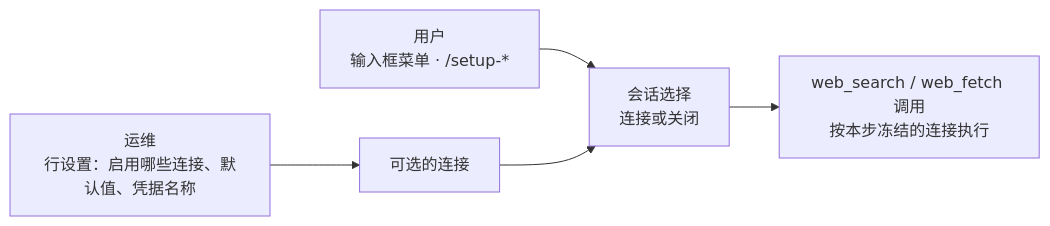
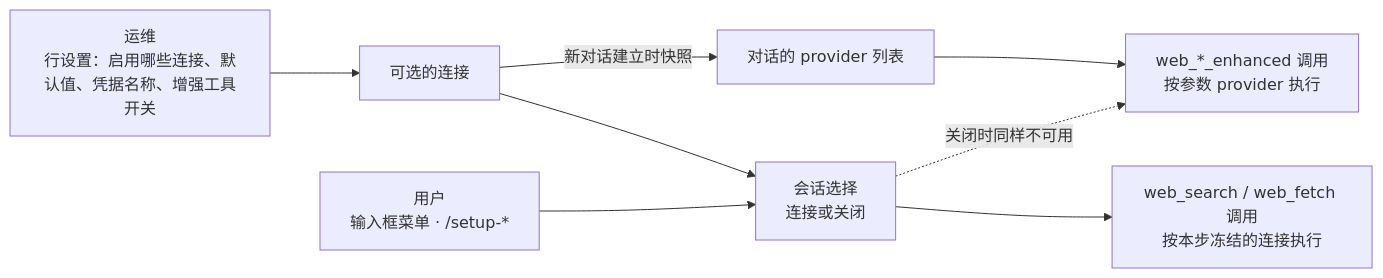
One commit to Yurzi/dsh-tool-web-enhanced changed the diagram in docs/design.md. Above: the diagram before and after it, drawn with Mermaid. The commit also changed other lines of this file and 167 other files, not shown here.

```diff
--- a/docs/design.md
+++ b/docs/design.md
@@ -7,7 +7,10 @@
 ~~~mermaid
 flowchart LR
-  OP["运维<br/>行设置：启用哪些连接、默认值、凭据名称"] --> CONN["可选的连接"]
+  OP["运维<br/>行设置：启用哪些连接、默认值、凭据名称、增强工具开关"] --> CONN["可选的连接"]
   USER["用户<br/>输入框菜单 · /setup-* "] --> SEL["会话选择<br/>连接或关闭"]
   CONN --> SEL
   SEL --> CALL["web_search / web_fetch 调用<br/>按本步冻结的连接执行"]
+  CONN -- "新对话建立时快照" --> LIST["对话的 provider 列表"]
+  LIST --> ENH["web_*_enhanced 调用<br/>按参数 provider 执行"]
+  SEL -. "关闭时同样不可用" .-> ENH
 ~~~
```
